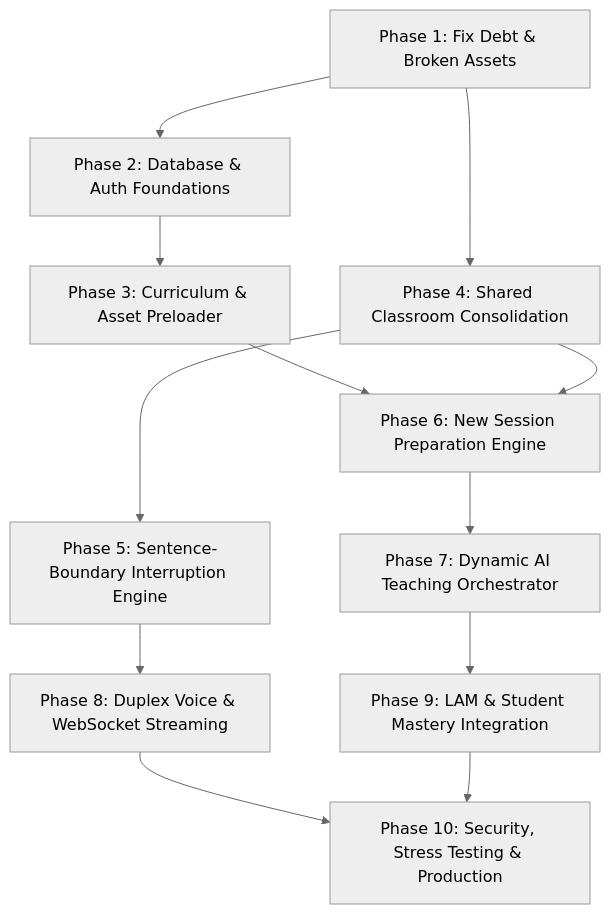
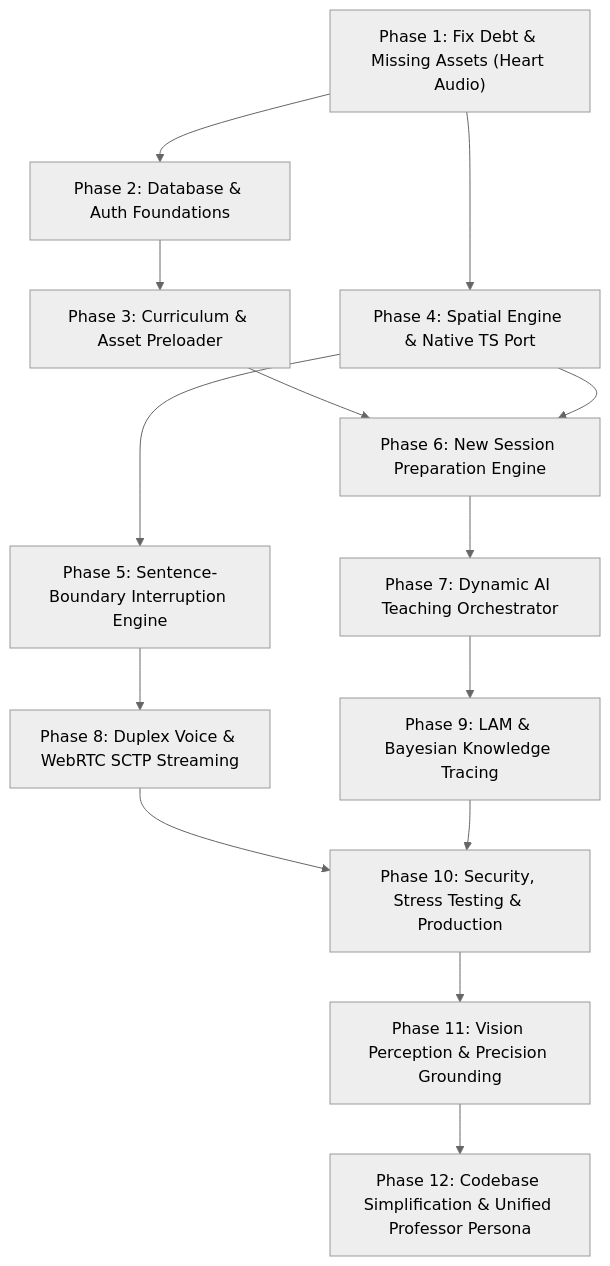
The diagram in IMPLEMENTATION_ROADMAP.md (pranjal2410719/whiteboard-ai-agent), drawn with Mermaid (neutral theme) before and after one commit. The commit also changed other lines of this file and 10 other files, not shown here.

Commit message:
docs: synchronize all architecture docs, roadmaps, and references with current unified codebase

````diff
--- a/IMPLEMENTATION_ROADMAP.md
+++ b/IMPLEMENTATION_ROADMAP.md
@@ -12,14 +11,16 @@
 ```mermaid
 flowchart TD
-    P1["Phase 1: Fix Debt & Broken Assets"] --> P2["Phase 2: Database & Auth Foundations"]
+    P1["Phase 1: Fix Debt & Missing Assets (Heart Audio)"] --> P2["Phase 2: Database & Auth Foundations"]
     P2 --> P3["Phase 3: Curriculum & Asset Preloader"]
-    P1 --> P4["Phase 4: Shared Classroom Consolidation"]
+    P1 --> P4["Phase 4: Spatial Engine & Native TS Port"]
     P4 --> P5["Phase 5: Sentence-Boundary Interruption Engine"]
     P3 --> P6["Phase 6: New Session Preparation Engine"]
     P4 --> P6
     P6 --> P7["Phase 7: Dynamic AI Teaching Orchestrator"]
-    P5 --> P8["Phase 8: Duplex Voice & WebSocket Streaming"]
-    P7 --> P9["Phase 9: LAM & Student Mastery Integration"]
+    P5 --> P8["Phase 8: Duplex Voice & WebRTC SCTP Streaming"]
+    P7 --> P9["Phase 9: LAM & Bayesian Knowledge Tracing"]
     P8 --> P10["Phase 10: Security, Stress Testing & Production"]
     P9 --> P10
+    P10 --> P11["Phase 11: Vision Perception & Precision Grounding"]
+    P11 --> P12["Phase 12: Codebase Simplification & Unified Professor Persona"]
 ```
````
